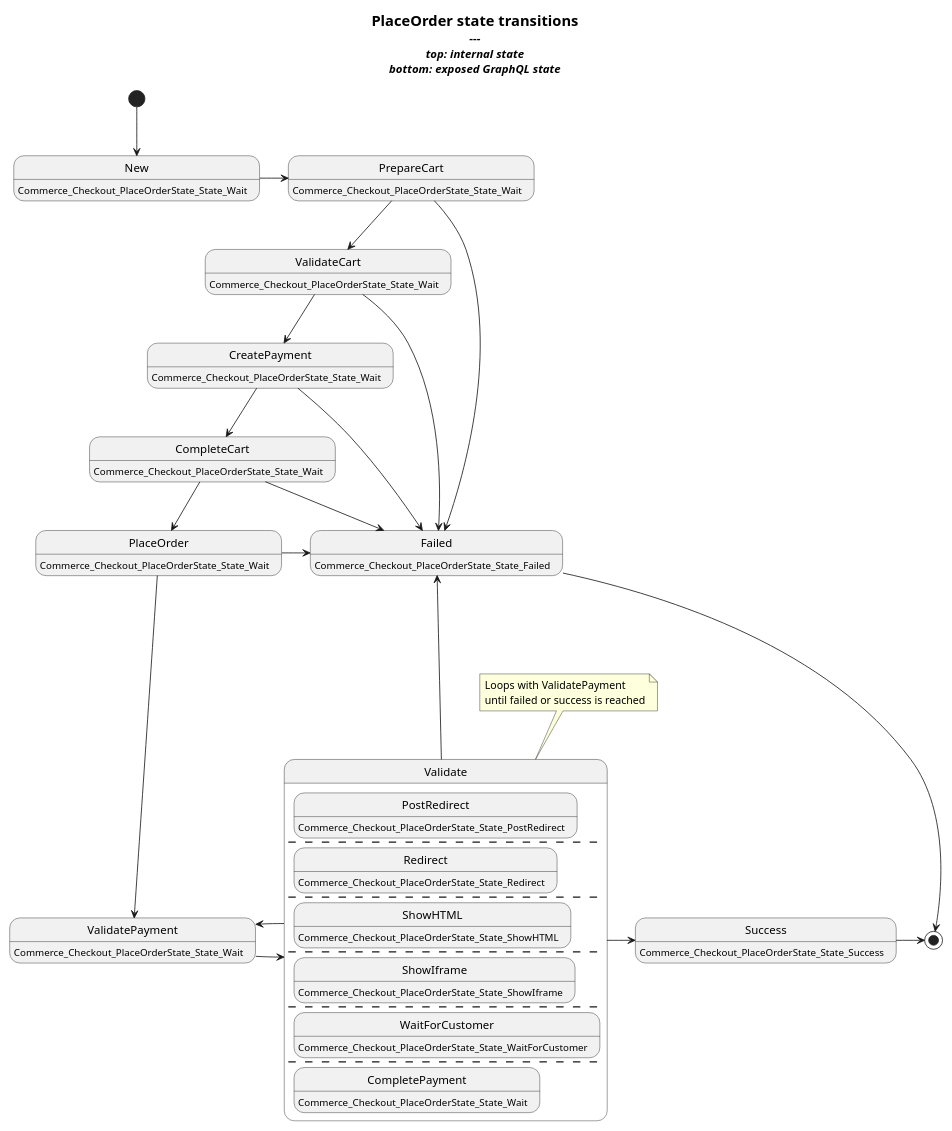
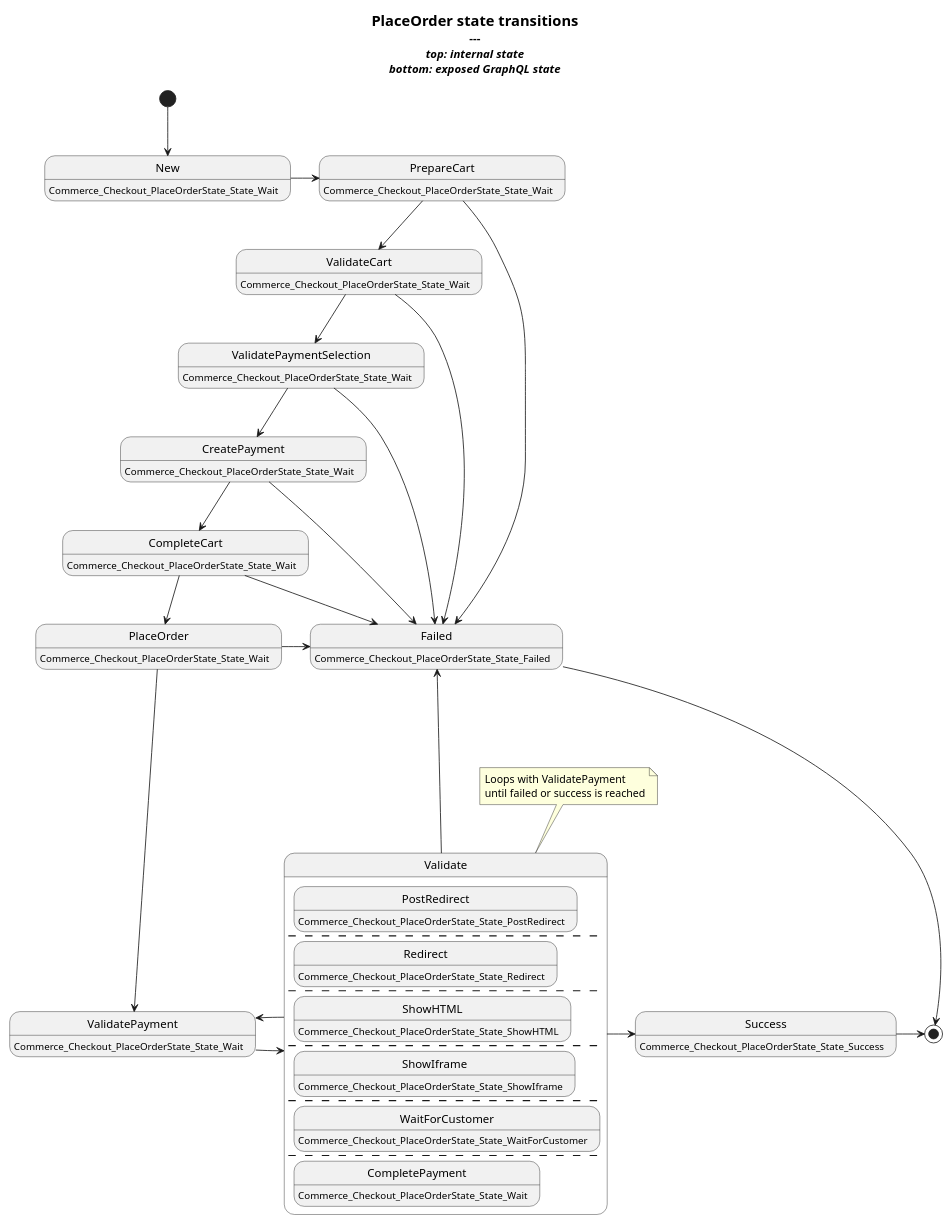
Before and after one commit to i-love-flamingo/flamingo-commerce: the diagram in checkout/domain/placeorder/states/transitions.puml, drawn with PlantUML. The commit also changed 7 other files, not shown here.

Commit message:
checkout: add payment selection validation step

```diff
--- a/checkout/domain/placeorder/states/transitions.puml
+++ b/checkout/domain/placeorder/states/transitions.puml
@@ -1,65 +1,68 @@
 @startuml
 scale max 1024 width
 hide empty description
 
 title
 	= PlaceOrder state transitions
 	---
 	//top: internal state//
 	//bottom: exposed GraphQL state//
 end title
 
 state New: Commerce_Checkout_PlaceOrderState_State_Wait
 state PrepareCart: Commerce_Checkout_PlaceOrderState_State_Wait
 state ValidateCart: Commerce_Checkout_PlaceOrderState_State_Wait
 state CreatePayment: Commerce_Checkout_PlaceOrderState_State_Wait
 state CompleteCart: Commerce_Checkout_PlaceOrderState_State_Wait
 state PlaceOrder: Commerce_Checkout_PlaceOrderState_State_Wait
 state ValidatePayment: Commerce_Checkout_PlaceOrderState_State_Wait
+state ValidatePaymentSelection: Commerce_Checkout_PlaceOrderState_State_Wait
 
 
 state Failed: Commerce_Checkout_PlaceOrderState_State_Failed
 state Success: Commerce_Checkout_PlaceOrderState_State_Success
 
 state Validate {
 	state PostRedirect: Commerce_Checkout_PlaceOrderState_State_PostRedirect
 	--
 	state Redirect: Commerce_Checkout_PlaceOrderState_State_Redirect
 	--
 	state ShowHTML: Commerce_Checkout_PlaceOrderState_State_ShowHTML
 	--
 	state ShowIframe: Commerce_Checkout_PlaceOrderState_State_ShowIframe
 	--
 	state WaitForCustomer: Commerce_Checkout_PlaceOrderState_State_WaitForCustomer
 	--
 	state CompletePayment: Commerce_Checkout_PlaceOrderState_State_Wait
 }
 
 note top of Validate
   Loops with ValidatePayment
   until failed or success is reached
 end note
 
 [*] --> New
 New -r-> PrepareCart
 PrepareCart -d-> ValidateCart
 PrepareCart -d-> Failed
-ValidateCart -d-> CreatePayment
+ValidateCart -d-> ValidatePaymentSelection
 ValidateCart -r-> Failed
+ValidatePaymentSelection -d-> CreatePayment
+ValidatePaymentSelection -r-> Failed
 CreatePayment -d-> CompleteCart
 CreatePayment -r-> Failed
 CompleteCart -d-> PlaceOrder
 CompleteCart -r-> Failed
 PlaceOrder -d-> ValidatePayment
 PlaceOrder -r-> Failed
 
 ValidatePayment -r-> Validate
 Validate -l-> ValidatePayment
 
 Validate -u---> Failed
 Validate -r-> Success
 
 Failed --> [*]
 Success -> [*]
 
 @enduml
```
